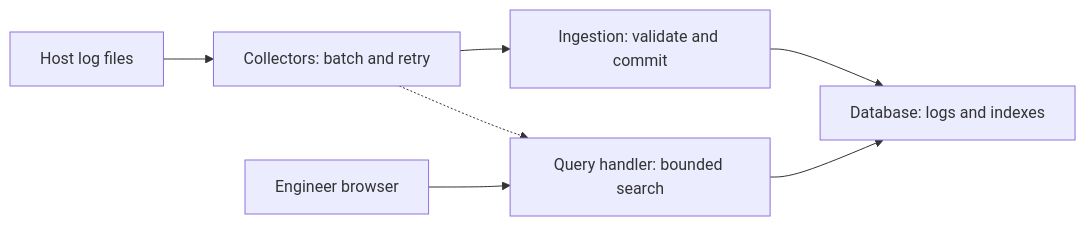
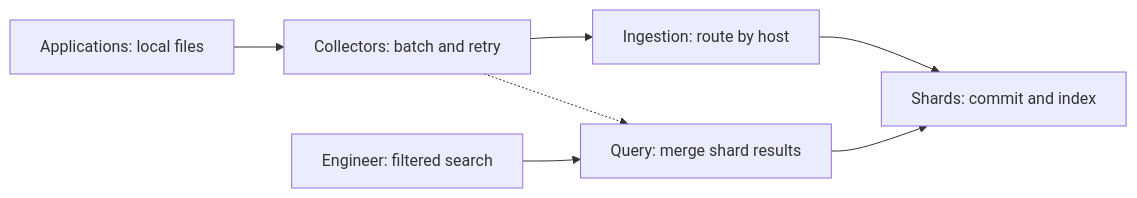
Before and after one commit to hftdevlab/interview-content-agent: the diagram in content/system-design/sd-e2e-log-publishing-query/diagrams/context.mmd, drawn with Mermaid. The commit also changed 37 other files, not shown here.

```diff
--- a/content/system-design/sd-e2e-log-publishing-query/diagrams/context.mmd
+++ b/content/system-design/sd-e2e-log-publishing-query/diagrams/context.mmd
@@ -1,7 +1,7 @@
 flowchart LR
-    F["Host log files"] --> C["Collectors: batch and retry"]
-    C["Collectors: batch and retry"] --> I["Ingestion: validate and commit"]
-    I["Ingestion: validate and commit"] --> D["Database: logs and indexes"]
-    U["Engineer browser"] --> Q["Query handler: bounded search"]
-    Q["Query handler: bounded search"] --> D["Database: logs and indexes"]
-    C["Collectors: batch and retry"] -.-> Q["Query handler: bounded search"]
+    F["Applications: local files"] --> C["Collectors: batch and retry"]
+    C["Collectors: batch and retry"] --> I["Ingestion: route by host"]
+    I["Ingestion: route by host"] --> D["Shards: commit and index"]
+    U["Engineer: filtered search"] --> Q["Query: merge shard results"]
+    Q["Query: merge shard results"] --> D["Shards: commit and index"]
+    C["Collectors: batch and retry"] -.-> Q["Query: merge shard results"]
```
